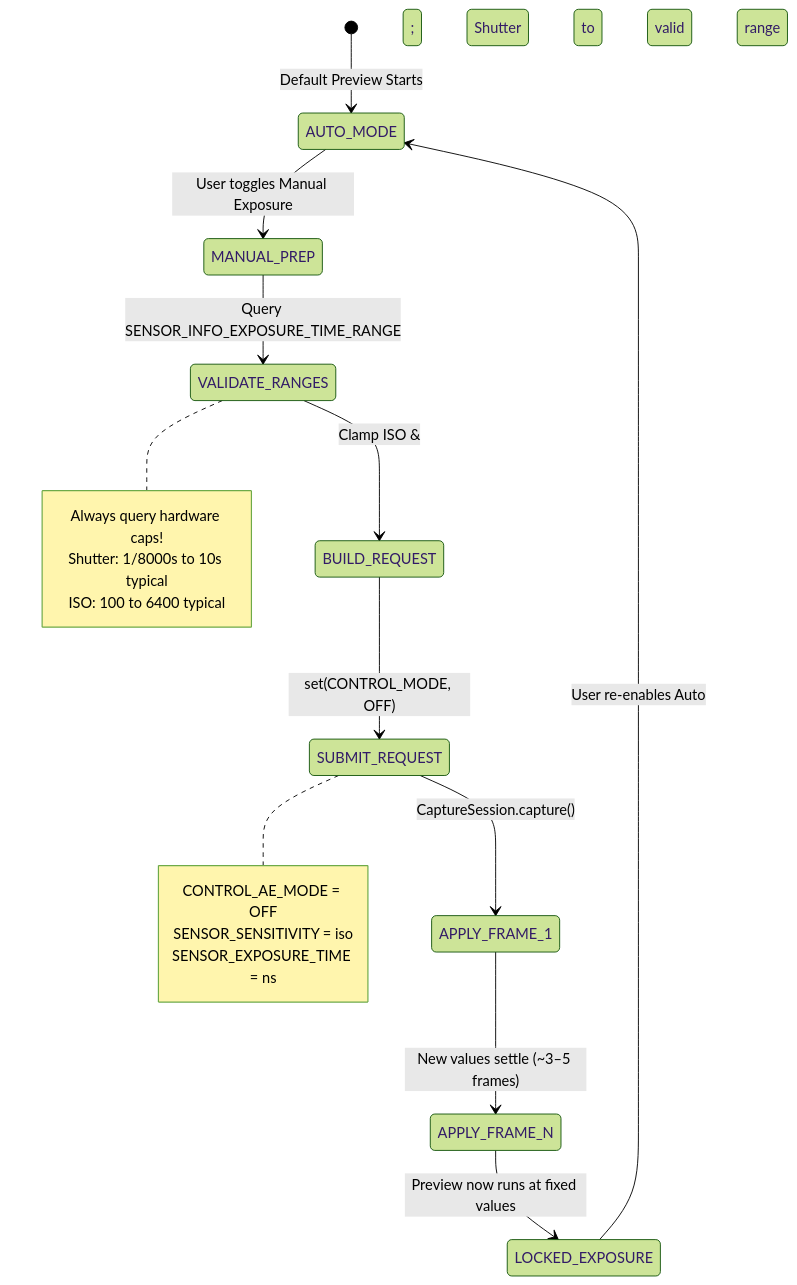
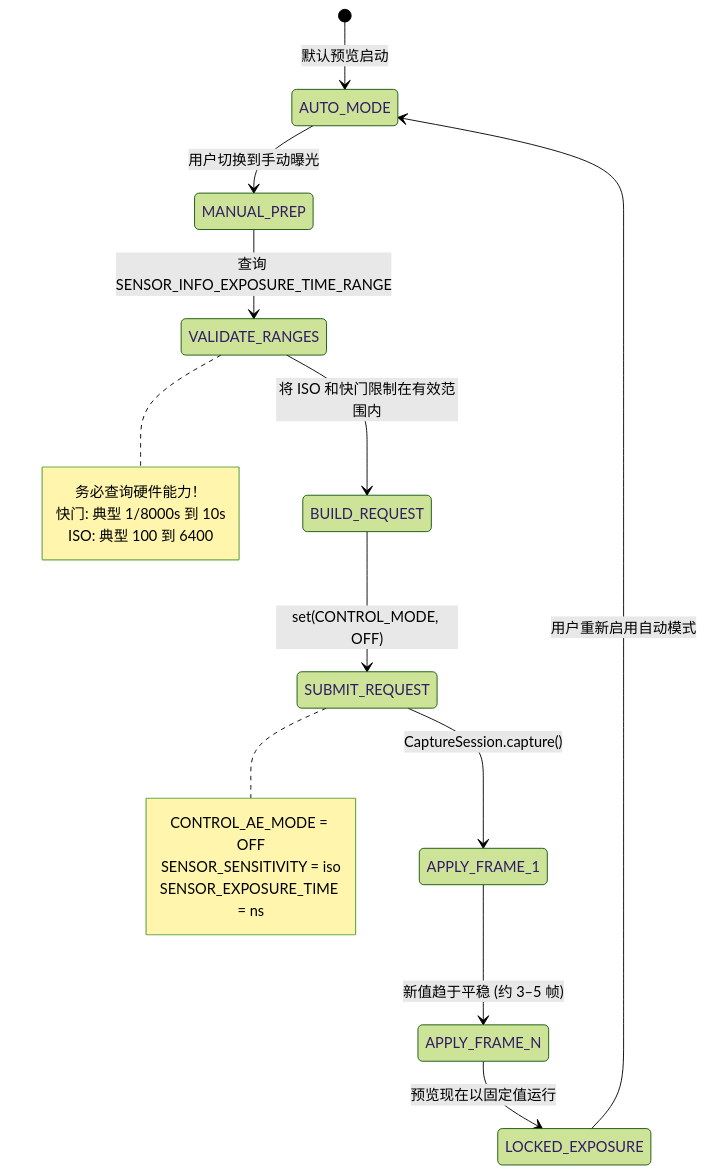
The diagram in website/i18n/zh-Hans/docusaurus-plugin-content-docs/current/camera2/manual-exposure-in-camera2.md (zoozooll/AndroidCameraParameters), drawn with Mermaid (forest theme) before and after one commit. The commit also changed other lines of this file and 378 other files, not shown here.

````diff
--- a/website/i18n/zh-Hans/docusaurus-plugin-content-docs/current/camera2/manual-exposure-in-camera2.md
+++ b/website/i18n/zh-Hans/docusaurus-plugin-content-docs/current/camera2/manual-exposure-in-camera2.md
@@ -29,22 +29,22 @@
 ```mermaid
 stateDiagram-v2
-    [*] --> AUTO_MODE: Default Preview Starts
-    AUTO_MODE --> MANUAL_PREP: User toggles Manual Exposure
-    MANUAL_PREP --> VALIDATE_RANGES: Query SENSOR_INFO_EXPOSURE_TIME_RANGE
-    VALIDATE_RANGES --> BUILD_REQUEST: Clamp ISO &amp; Shutter to valid range
+    [*] --> AUTO_MODE: 默认预览启动
+    AUTO_MODE --> MANUAL_PREP: 用户切换到手动曝光
+    MANUAL_PREP --> VALIDATE_RANGES: 查询 SENSOR_INFO_EXPOSURE_TIME_RANGE
+    VALIDATE_RANGES --> BUILD_REQUEST: 将 ISO 和快门限制在有效范围内
     BUILD_REQUEST --> SUBMIT_REQUEST: set(CONTROL_MODE, OFF)
     SUBMIT_REQUEST --> APPLY_FRAME_1: CaptureSession.capture()
-    APPLY_FRAME_1 --> APPLY_FRAME_N: New values settle (~3–5 frames)
-    APPLY_FRAME_N --> LOCKED_EXPOSURE: Preview now runs at fixed values
-    LOCKED_EXPOSURE --> AUTO_MODE: User re-enables Auto
+    APPLY_FRAME_1 --> APPLY_FRAME_N: 新值趋于平稳 (约 3–5 帧)
+    APPLY_FRAME_N --> LOCKED_EXPOSURE: 预览现在以固定值运行
+    LOCKED_EXPOSURE --> AUTO_MODE: 用户重新启用自动模式
     note right of VALIDATE_RANGES
-        Always query hardware caps!
-        Shutter: 1/8000s to 10s typical
-        ISO: 100 to 6400 typical
+        务必查询硬件能力！
+        快门: 典型 1/8000s 到 10s
+        ISO: 典型 100 到 6400
     end note
     note right of SUBMIT_REQUEST
         CONTROL_AE_MODE = OFF
         SENSOR_SENSITIVITY = iso
         SENSOR_EXPOSURE_TIME = ns
     end note
 ```
````
